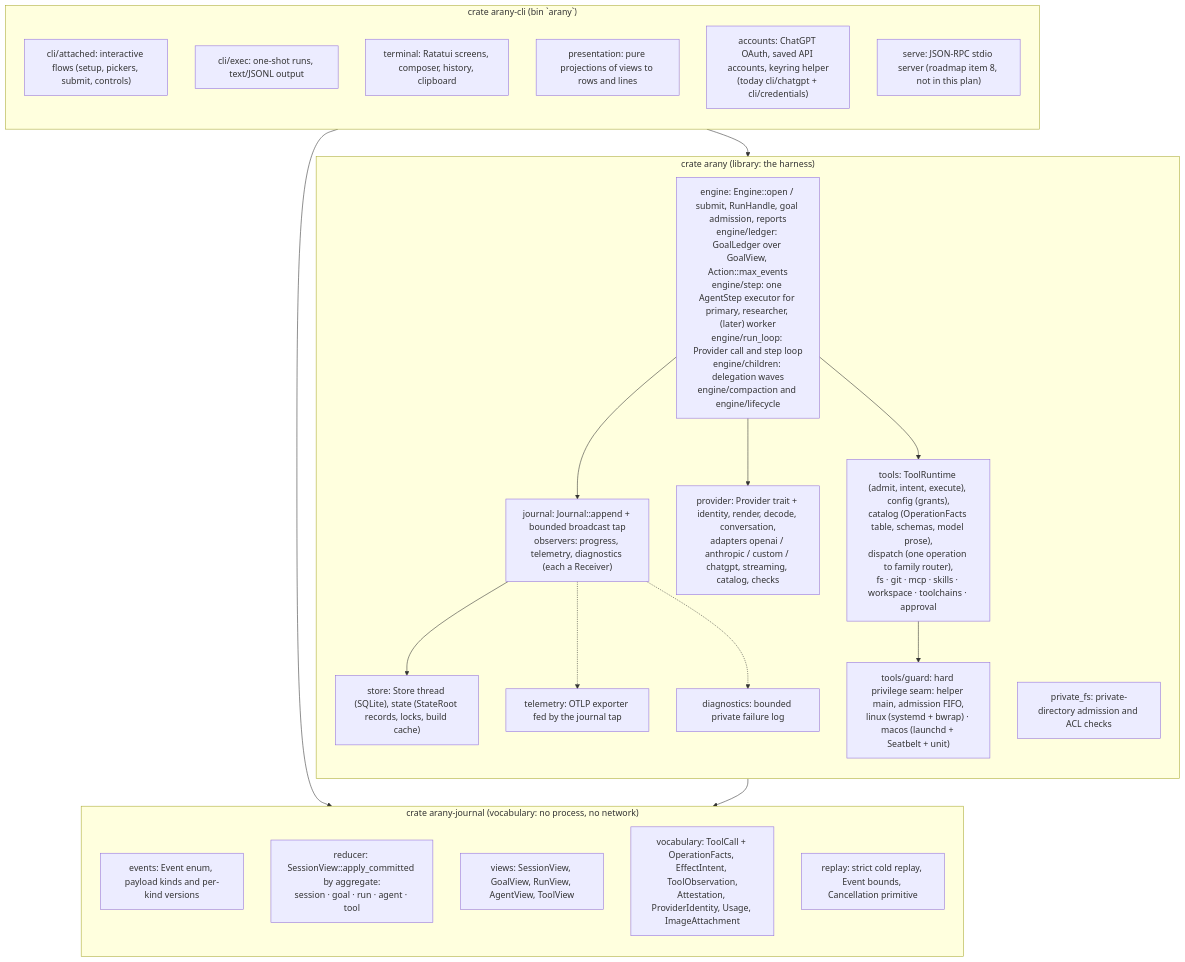
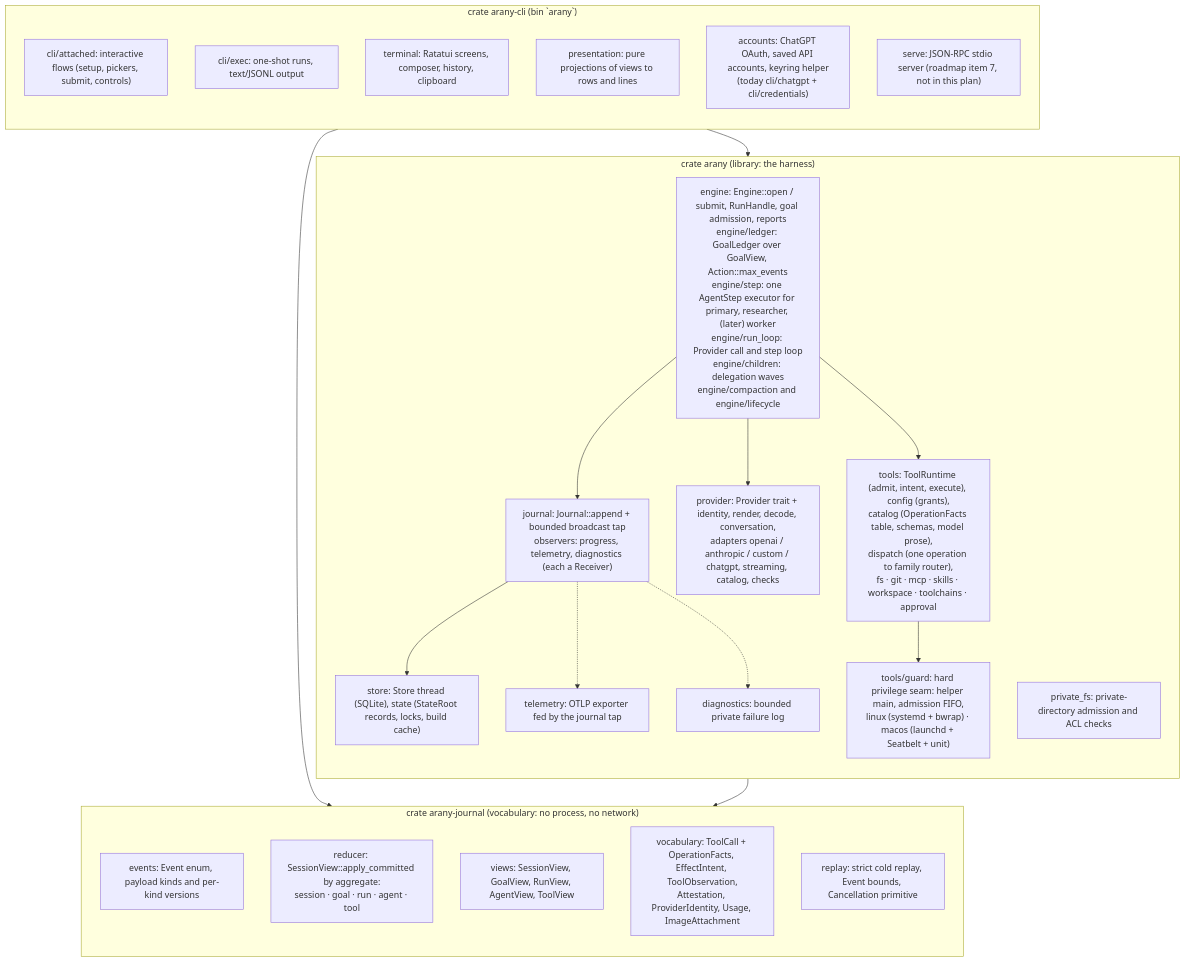
One commit to fpmirabile/arany changed the fifth of 6 diagrams in planning/architecture-refactor/diagrams.md. Above: the diagram before and after it, drawn with Mermaid. The commit also changed other lines of this file and 21 other files, not shown here.

````diff
--- a/planning/architecture-refactor/diagrams.md
+++ b/planning/architecture-refactor/diagrams.md
@@ -223,42 +223,42 @@
 ```mermaid
 flowchart TB
     subgraph CLI["crate arany-cli (bin `arany`)"]
         direction TB
         ATT["cli/attached: interactive flows (setup, pickers, submit, controls)"]
         EXEC["cli/exec: one-shot runs, text/JSONL output"]
         TERMI["terminal: Ratatui screens, composer, history, clipboard"]
         PRESI["presentation: pure projections of views to rows and lines"]
         ACCT["accounts: ChatGPT OAuth, saved API accounts, keyring helper<br/>(today cli/chatgpt + cli/credentials)"]
-        SERVE["serve: JSON-RPC stdio server (roadmap item 8, not in this plan)"]
+        SERVE["serve: JSON-RPC stdio server (roadmap item 7, not in this plan)"]
     end
 
     subgraph ENGINE["crate arany (library: the harness)"]
         direction TB
         ENGINE_MOD["engine: Engine::open / submit, RunHandle, goal admission, reports<br/>engine/ledger: GoalLedger over GoalView, Action::max_events<br/>engine/step: one AgentStep executor for primary, researcher, (later) worker<br/>engine/run_loop: Provider call and step loop<br/>engine/children: delegation waves<br/>engine/compaction and engine/lifecycle"]
         JOURNALTAP["journal: Journal::append + bounded broadcast tap<br/>observers: progress, telemetry, diagnostics (each a Receiver)"]
         PROVADAPT["provider: Provider trait + identity, render, decode, conversation,<br/>adapters openai / anthropic / custom / chatgpt, streaming, catalog, checks"]
         TOOLSRT["tools: ToolRuntime (admit, intent, execute), config (grants),<br/>catalog (OperationFacts table, schemas, model prose),<br/>dispatch (one operation to family router),<br/>fs · git · mcp · skills · workspace · toolchains · approval"]
         GUARD["tools/guard: hard privilege seam: helper main, admission FIFO,<br/>linux (systemd + bwrap) · macos (launchd + Seatbelt + unit)"]
         STORESTATE["store: Store thread (SQLite), state (StateRoot records, locks, build cache)"]
         TEL["telemetry: OTLP exporter fed by the journal tap"]
         DIAG["diagnostics: bounded private failure log"]
         PFS["private_fs: private-directory admission and ACL checks"]
     end
 
     subgraph JOURNAL["crate arany-journal (vocabulary: no process, no network)"]
         direction TB
         EVENTS["events: Event enum, payload kinds and per-kind versions"]
         REDUCER["reducer: SessionView::apply_committed by aggregate:<br/>session · goal · run · agent · tool"]
         VIEWS["views: SessionView, GoalView, RunView, AgentView, ToolView"]
         VOCAB["vocabulary: ToolCall + OperationFacts, EffectIntent, ToolObservation,<br/>Attestation, ProviderIdentity, Usage, ImageAttachment"]
         REPLAY["replay: strict cold replay, Event bounds, Cancellation primitive"]
     end
 
     CLI --> ENGINE
     CLI --> JOURNAL
     ENGINE --> JOURNAL
     ENGINE_MOD --> JOURNALTAP --> STORESTATE
     ENGINE_MOD --> PROVADAPT & TOOLSRT
     TOOLSRT --> GUARD
     JOURNALTAP -.-> TEL & DIAG
 ```
````
